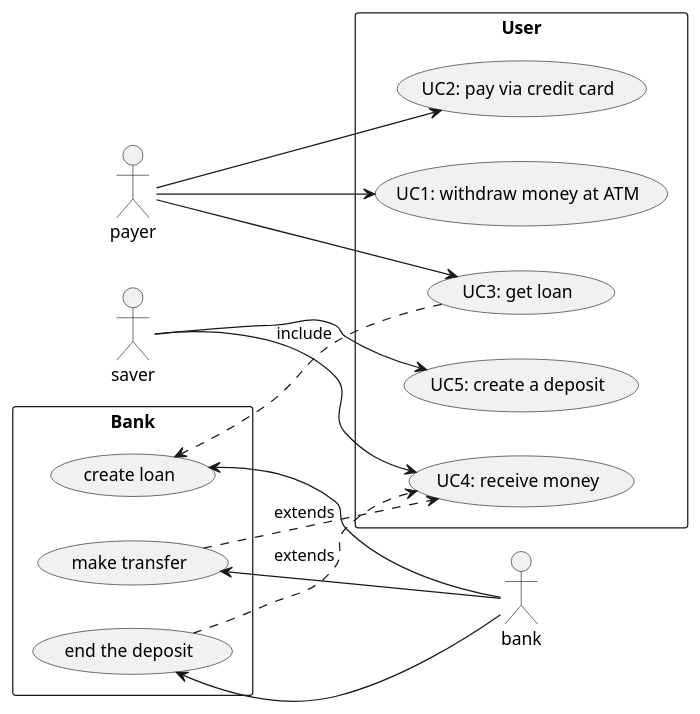
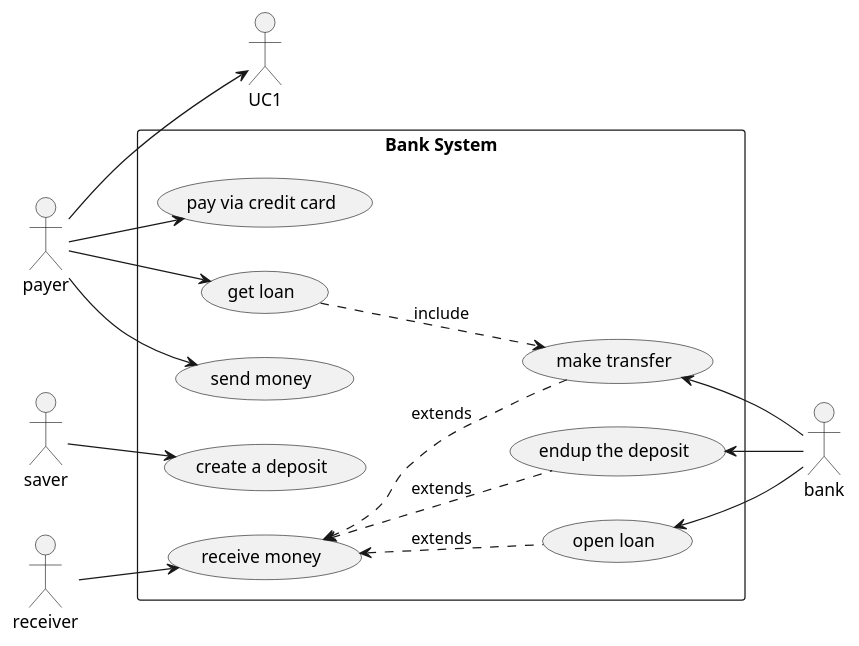
One commit to mumot1999/sdm-bank changed the diagram in packages/bank-system/docs/usecase.plantuml. Above: the diagram before and after it, drawn with PlantUML.

Commit message:
chore: change usecase

```diff
--- a/packages/bank-system/docs/usecase.plantuml
+++ b/packages/bank-system/docs/usecase.plantuml
@@ -1,41 +1,43 @@
 @startuml
 left to right direction
 
 skinparam packageStyle rectangle
 actor payer
 actor saver
 actor bank
+actor receiver
 
-rectangle "User" {
-usecase "UC1: withdraw money at ATM" as UC1
-usecase "UC2: pay via credit card" as UC2
-usecase "UC3: get loan" as UC3
-usecase "UC4: receive money" as UC4
-usecase "UC5: create a deposit" as UC5
+
+rectangle "Bank System" {
+usecase "pay via credit card" as UC2
+usecase "get loan" as UC3
+usecase "receive money" as UC4
+usecase "create a deposit" as UC5
+usecase "send money" as UC6 
+
+usecase "make transfer" as BC2
+usecase "endup the deposit" as BC3
+usecase "open loan" as BC1
 }
 
-rectangle "Bank" {
-usecase "create loan" as BC1
-usecase "make transfer" as BC2
-usecase "end the deposit" as BC3
-}
 
-UC3 ..> BC1 : include
-
-BC3 ..> UC4 : extends
-BC2 ..> UC4 : extends
 
 payer --> UC1
 payer --> UC2
 payer --> UC3
+payer --> UC6
 
-saver --> UC4
+receiver --> UC4
 saver --> UC5
 
+UC4 <.. BC3 : extends
+UC4 <.. BC2 : extends
+UC3 ..> BC2 : include
+UC4 <.. BC1 : extends
 
 BC1 <-- bank
 BC2 <-- bank
 BC3 <-- bank
 
 
 @enduml
```
